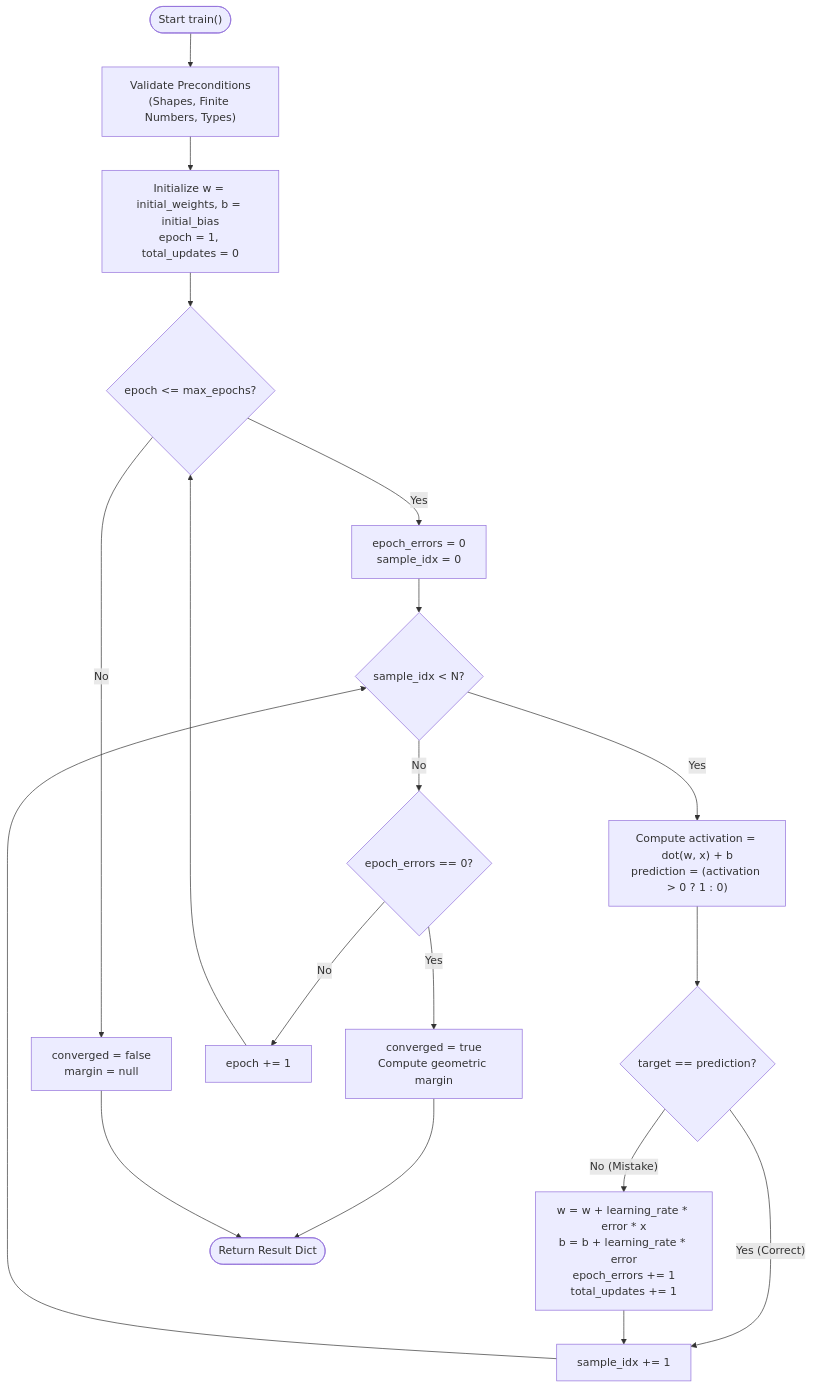
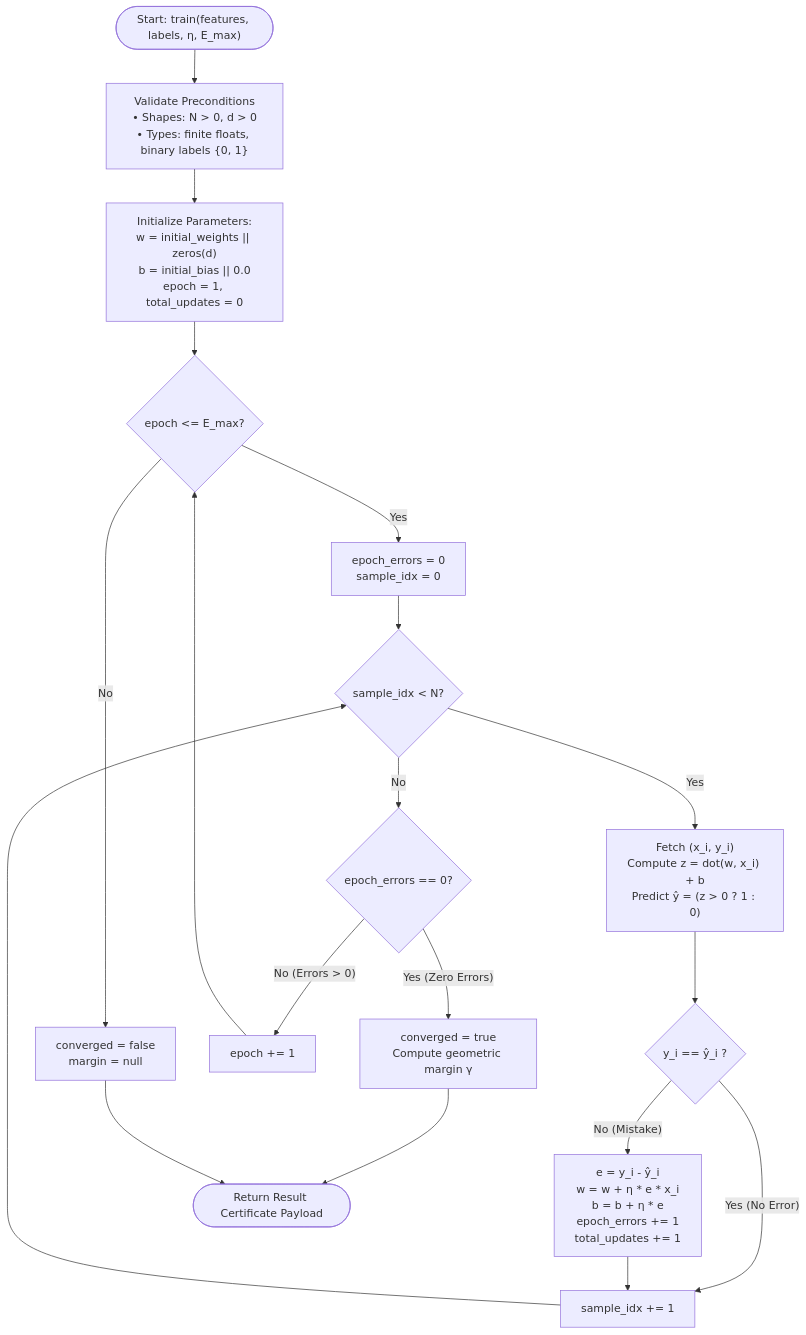
Before and after one commit to Chief-Strategist-J/policy-orchestrator: the second of 4 diagrams in src/features/code_engine/algos/nn/perceptron_learning/README.md, drawn with Mermaid. The commit also changed other lines of this file, not shown here.

Commit message:
docs(perceptron_learning): refine mathematical definitions and add mermaid architectural diagrams

````diff
--- a/src/features/code_engine/algos/nn/perceptron_learning/README.md
+++ b/src/features/code_engine/algos/nn/perceptron_learning/README.md
@@ -216,25 +121,28 @@
 ```mermaid
 flowchart TD
-    Start(["Start train()"]) --> Validate["Validate Preconditions<br/>(Shapes, Finite Numbers, Types)"]
-    Validate --> Init["Initialize w = initial_weights, b = initial_bias<br/>epoch = 1, total_updates = 0"]
-    Init --> EpochLoop{"epoch <= max_epochs?"}
+    Start(["Start: train(features, labels, η, E_max)"]) --> Validate["Validate Preconditions<br/>• Shapes: N > 0, d > 0<br/>• Types: finite floats, binary labels {0, 1}"]
+    Validate --> InitParams["Initialize Parameters:<br/>w = initial_weights || zeros(d)<br/>b = initial_bias || 0.0<br/>epoch = 1, total_updates = 0"]
+
+    InitParams --> CheckEpoch{"epoch <= E_max?"}
     
-    EpochLoop -- Yes --> ResetEpoch["epoch_errors = 0<br/>sample_idx = 0"]
-    ResetEpoch --> SampleLoop{"sample_idx < N?"}
+    CheckEpoch -- Yes --> InitEpoch["epoch_errors = 0<br/>sample_idx = 0"]
+    InitEpoch --> CheckSample{"sample_idx < N?"}
+
+    CheckSample -- Yes --> Forward["Fetch (x_i, y_i)<br/>Compute z = dot(w, x_i) + b<br/>Predict ŷ = (z > 0 ? 1 : 0)"]
+    Forward --> CheckMistake{"y_i == ŷ_i ?"}
+
+    CheckMistake -- "Yes (No Error)" --> IncrSample["sample_idx += 1"]
+    CheckMistake -- "No (Mistake)" --> ApplyUpdate["e = y_i - ŷ_i<br/>w = w + η * e * x_i<br/>b = b + η * e<br/>epoch_errors += 1<br/>total_updates += 1"]
+    ApplyUpdate --> IncrSample
+    IncrSample --> CheckSample
+
+    CheckSample -- No --> CheckConvergence{"epoch_errors == 0?"}
+    CheckConvergence -- "Yes (Zero Errors)" --> MarkConverged["converged = true<br/>Compute geometric margin γ"]
+    CheckConvergence -- "No (Errors > 0)" --> IncrEpoch["epoch += 1"]
+    IncrEpoch --> CheckEpoch
+
+    CheckEpoch -- No --> MarkUnconverged["converged = false<br/>margin = null"]
     
-    SampleLoop -- Yes --> Forward["Compute activation = dot(w, x) + b<br/>prediction = (activation > 0 ? 1 : 0)"]
-    Forward --> CheckErr{"target == prediction?"}
-    CheckErr -- Yes (Correct) --> NextSample["sample_idx += 1"]
-    CheckErr -- No (Mistake) --> Update["w = w + learning_rate * error * x<br/>b = b + learning_rate * error<br/>epoch_errors += 1<br/>total_updates += 1"]
-    Update --> NextSample
-    NextSample --> SampleLoop
-    
-    SampleLoop -- No --> CheckConv{"epoch_errors == 0?"}
-    CheckConv -- Yes --> SetConv["converged = true<br/>Compute geometric margin"]
-    CheckConv -- No --> NextEpoch["epoch += 1"]
-    NextEpoch --> EpochLoop
-    
-    EpochLoop -- No --> Unconverged["converged = false<br/>margin = null"]
-    SetConv --> ReturnOutput(["Return Result Dict"])
-    Unconverged --> ReturnOutput
+    MarkConverged --> ReturnPayload(["Return Result Certificate Payload"])
+    MarkUnconverged --> ReturnPayload
 ```
````
